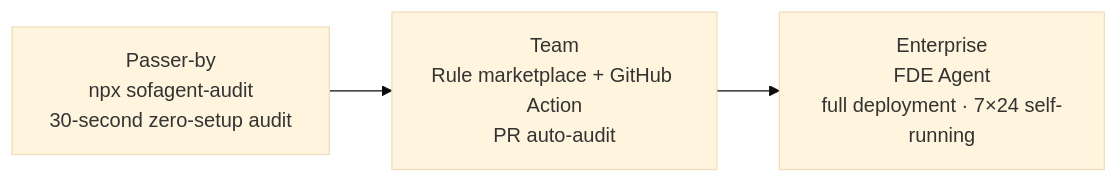
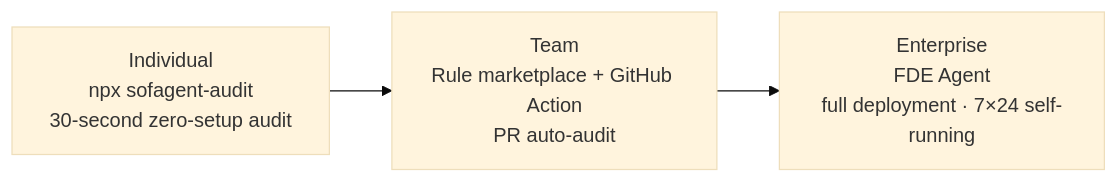
Before and after one commit to KongFangXun/sofagent: the second of 2 diagrams in README.en.md, drawn with Mermaid (base theme). The commit also changed 1 other file, not shown here.

Commit message:
docs(readme): 路人→个人 + 英文 Passer-by→Individual

````diff
--- a/README.en.md
+++ b/README.en.md
@@ -113,5 +113,5 @@
 ```mermaid
 graph LR
-    A["Passer-by<br/>npx sofagent-audit<br/>30-second zero-setup audit"] --> B["Team<br/>Rule marketplace + GitHub Action<br/>PR auto-audit"]
+    A["Individual<br/>npx sofagent-audit<br/>30-second zero-setup audit"] --> B["Team<br/>Rule marketplace + GitHub Action<br/>PR auto-audit"]
     B --> C["Enterprise<br/>FDE Agent<br/>full deployment · 7×24 self-running"]
 ```
````
